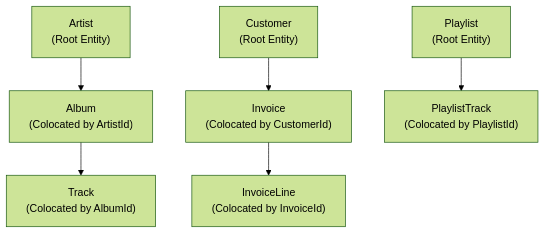
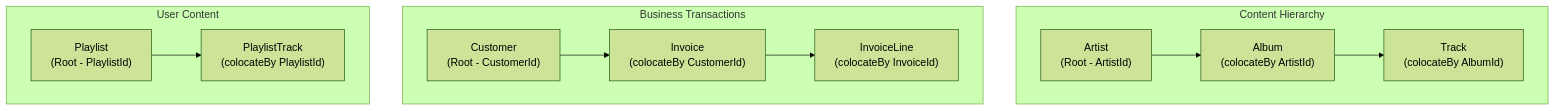
The second of 2 diagrams in docs/03-schema-as-code-with-annotations.md (maglietti/ignite3-java-api-primer), drawn with Mermaid (forest theme) before and after one commit. The commit also changed other lines of this file, not shown here.

````diff
--- a/docs/03-schema-as-code-with-annotations.md
+++ b/docs/03-schema-as-code-with-annotations.md
@@ -638,10 +973,16 @@
 ```mermaid
 flowchart TD
-    A["Artist\n(Root Entity)"] --> B["Album\n(Colocated by ArtistId)"]
-    B --> C["Track\n(Colocated by AlbumId)"]
+    subgraph "Content Hierarchy"
+        A["Artist\n(Root - ArtistId)"] --> B["Album\n(colocateBy ArtistId)"]
+        B --> C["Track\n(colocateBy AlbumId)"]
+    end
     
-    D["Customer\n(Root Entity)"] --> E["Invoice\n(Colocated by CustomerId)"]
-    E --> F["InvoiceLine\n(Colocated by InvoiceId)"]
+    subgraph "Business Transactions"
+        D["Customer\n(Root - CustomerId)"] --> E["Invoice\n(colocateBy CustomerId)"]
+        E --> F["InvoiceLine\n(colocateBy InvoiceId)"]
+    end
     
-    G["Playlist\n(Root Entity)"] --> H["PlaylistTrack\n(Colocated by PlaylistId)"]
+    subgraph "User Content"
+        G["Playlist\n(Root - PlaylistId)"] --> H["PlaylistTrack\n(colocateBy PlaylistId)"]
+    end
 ```
````
